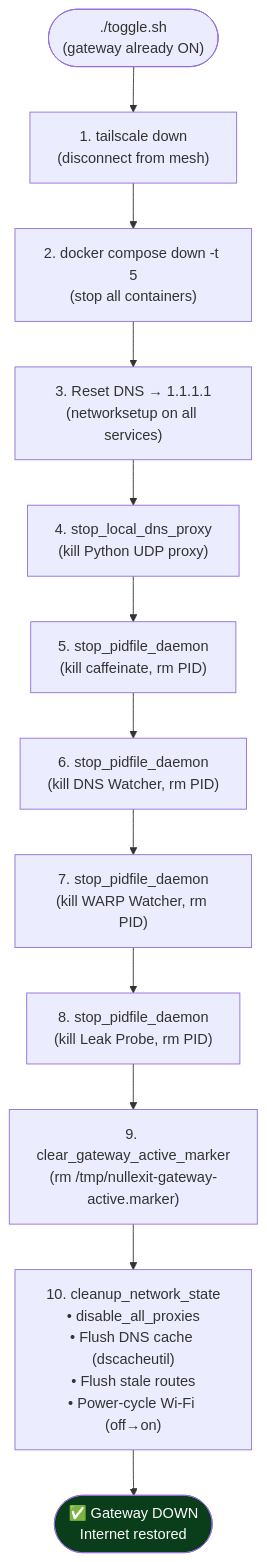
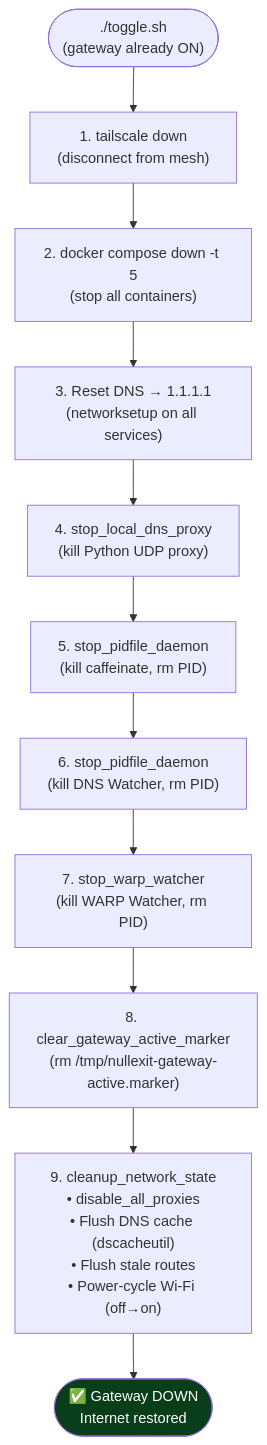
Before and after one commit to OmarAlaaeldein/nullexit: the third of 7 diagrams in diagrams.md, drawn with Mermaid. The commit also changed other lines of this file and 3 other files, not shown here.

````diff
--- a/diagrams.md
+++ b/diagrams.md
@@ -157,22 +155,21 @@
 ```mermaid
 flowchart TD
     STOP(["./toggle.sh\n(gateway already ON)"])
 
     ST1["1. tailscale down\n(disconnect from mesh)"]
     ST2["2. docker compose down -t 5\n(stop all containers)"]
     ST3["3. Reset DNS → 1.1.1.1\n(networksetup on all services)"]
     ST4["4. stop_local_dns_proxy\n(kill Python UDP proxy)"]
     ST5["5. stop_pidfile_daemon\n(kill caffeinate, rm PID)"]
     ST6["6. stop_pidfile_daemon\n(kill DNS Watcher, rm PID)"]
-    ST7["7. stop_pidfile_daemon\n(kill WARP Watcher, rm PID)"]
-    ST8["8. stop_pidfile_daemon\n(kill Leak Probe, rm PID)"]
-    ST9["9. clear_gateway_active_marker\n(rm /tmp/nullexit-gateway-active.marker)"]
-    ST10["10. cleanup_network_state\n• disable_all_proxies\n• Flush DNS cache (dscacheutil)\n• Flush stale routes\n• Power-cycle Wi-Fi (off→on)"]
+    ST7["7. stop_warp_watcher\n(kill WARP Watcher, rm PID)"]
+    ST8["8. clear_gateway_active_marker\n(rm /tmp/nullexit-gateway-active.marker)"]
+    ST9["9. cleanup_network_state\n• disable_all_proxies\n• Flush DNS cache (dscacheutil)\n• Flush stale routes\n• Power-cycle Wi-Fi (off→on)"]
 
     DONE(["✅ Gateway DOWN\nInternet restored"])
 
     STOP --> ST1 --> ST2 --> ST3 --> ST4
-    ST4 --> ST5 --> ST6 --> ST7 --> ST8 --> ST9 --> ST10 --> DONE
+    ST4 --> ST5 --> ST6 --> ST7 --> ST8 --> ST9 --> DONE
 
     style DONE fill:#0a3d1a,color:#fff
 ```
````
